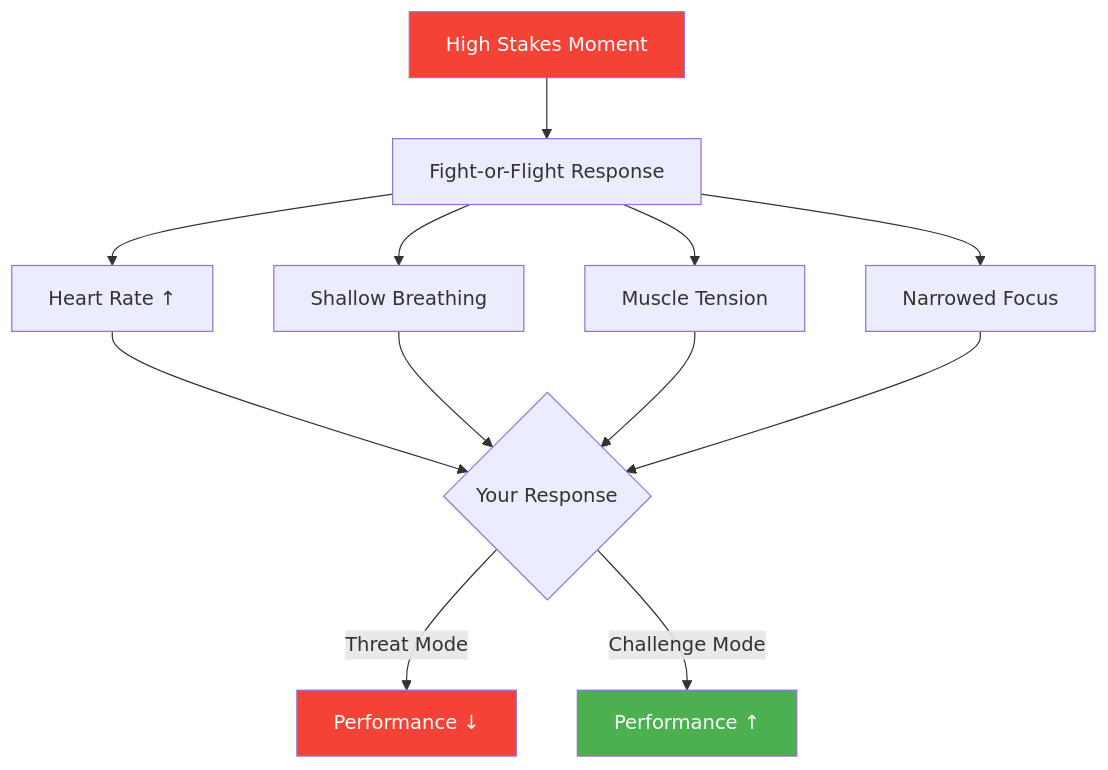
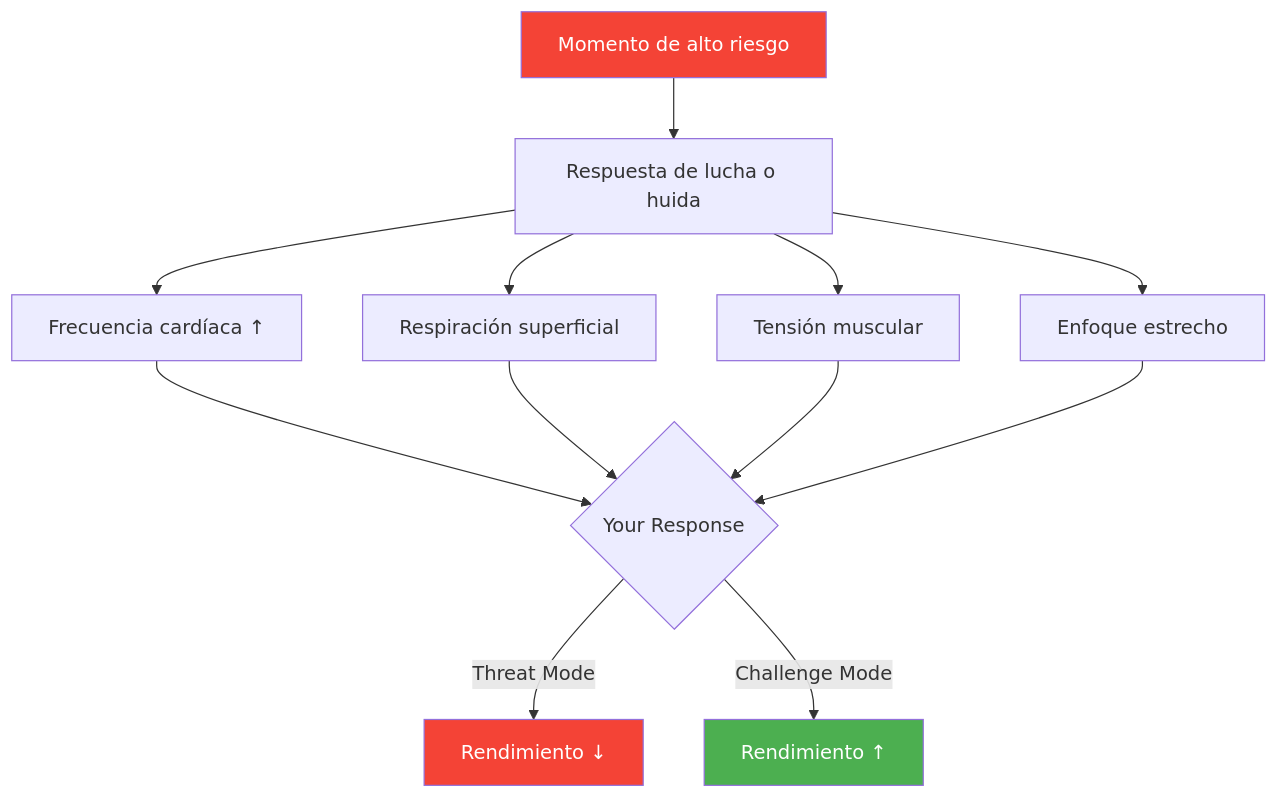
The diagram in docs/es/articles/pressure-management.md (patwii/petanque-academy), drawn with Mermaid before and after one commit. The commit also changed other lines of this file and 550 other files, not shown here.

````diff
--- a/docs/es/articles/pressure-management.md
+++ b/docs/es/articles/pressure-management.md
@@ -22,20 +22,20 @@
 ```mermaid
 flowchart TD
-    A[High Stakes Moment] --> B[Fight-or-Flight Response]
-    B --> C[Heart Rate ↑]
-    B --> D[Shallow Breathing]
-    B --> E[Muscle Tension]
-    B --> F[Narrowed Focus]
+    A[Momento de alto riesgo] --> B[Respuesta de lucha o huida]
+    B --> C[Frecuencia cardíaca ↑]
+    B --> D[Respiración superficial]
+    B --> E[Tensión muscular]
+    B --> F[Enfoque estrecho]
 
     C --> G{Your Response}
     D --> G
     E --> G
     F --> G
 
-    G -->|Threat Mode| H[Performance ↓]
-    G -->|Challenge Mode| I[Performance ↑]
+    G -->|Threat Mode| H[Rendimiento ↓]
+    G -->|Challenge Mode| I[Rendimiento ↑]
 
     style A fill:#f44336,color:#fff
     style H fill:#f44336,color:#fff
     style I fill:#4CAF50,color:#fff
 ```
````
